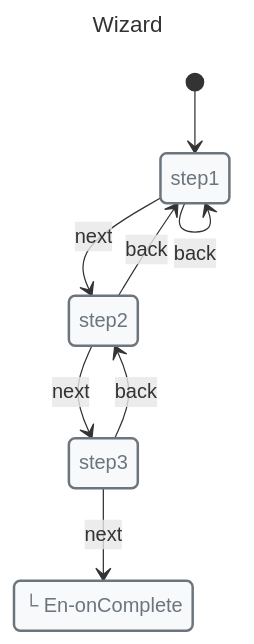
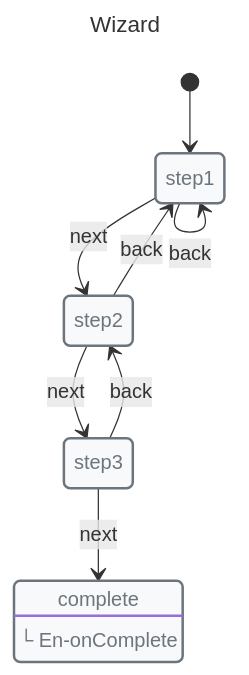
The first of 3 diagrams in docs/recipes/wizard.md (Masquerade-Circus/x-robot), drawn with Mermaid before and after one commit. The commit also changed other lines of this file and 123 other files, not shown here.

Commit message:
refactor: improve mermaid code

````diff
--- a/docs/recipes/wizard.md
+++ b/docs/recipes/wizard.md
@@ -11,33 +11,34 @@
 ```mermaid
 ---
 title: Wizard
 ---
 
 stateDiagram-v2
+direction TB
 
 classDef danger fill:#f8d7da,stroke:#721c24,stroke-width:2px,text-align:left,color:#721c24
 classDef warning fill:#fff3cd,stroke:#856404,stroke-width:2px,text-align:left,color:#856404
 classDef success fill:#d4edda,stroke:#155724,stroke-width:2px,text-align:left,color:#155724
 classDef primary fill:#cce5ff,stroke:#004085,stroke-width:2px,text-align:left,color:#004085
 classDef info fill:#d1ecf1,stroke:#0c5460,stroke-width:2px,text-align:left,color:#0c5460
 classDef def fill:#f8f9fa,stroke:#6c757d,stroke-width:2px,text-align:left,color:#6c757d
 
-state step1
-state step2
-state step3
-state complete
+state "step1" as step1
+state "step2" as step2
+state "step3" as step3
+state "complete" as complete
 class step1 def
 class step2 def
 class step3 def
 class complete def
 
 complete: └ En-onComplete
 
 [*] --> step1
 step1 --> step2: next
 step1 --> step1: back
 step2 --> step3: next
 step2 --> step1: back
 step3 --> complete: next
 step3 --> step2: back
 ```
````
